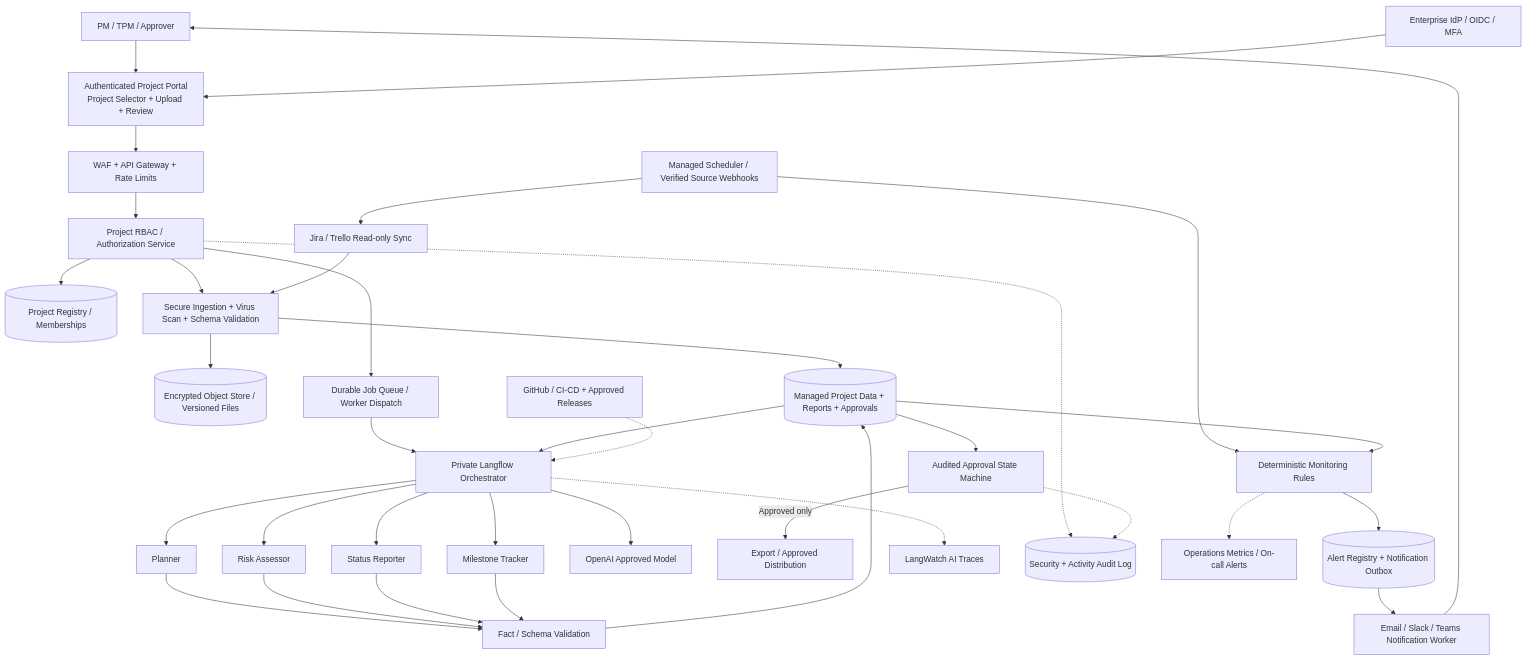
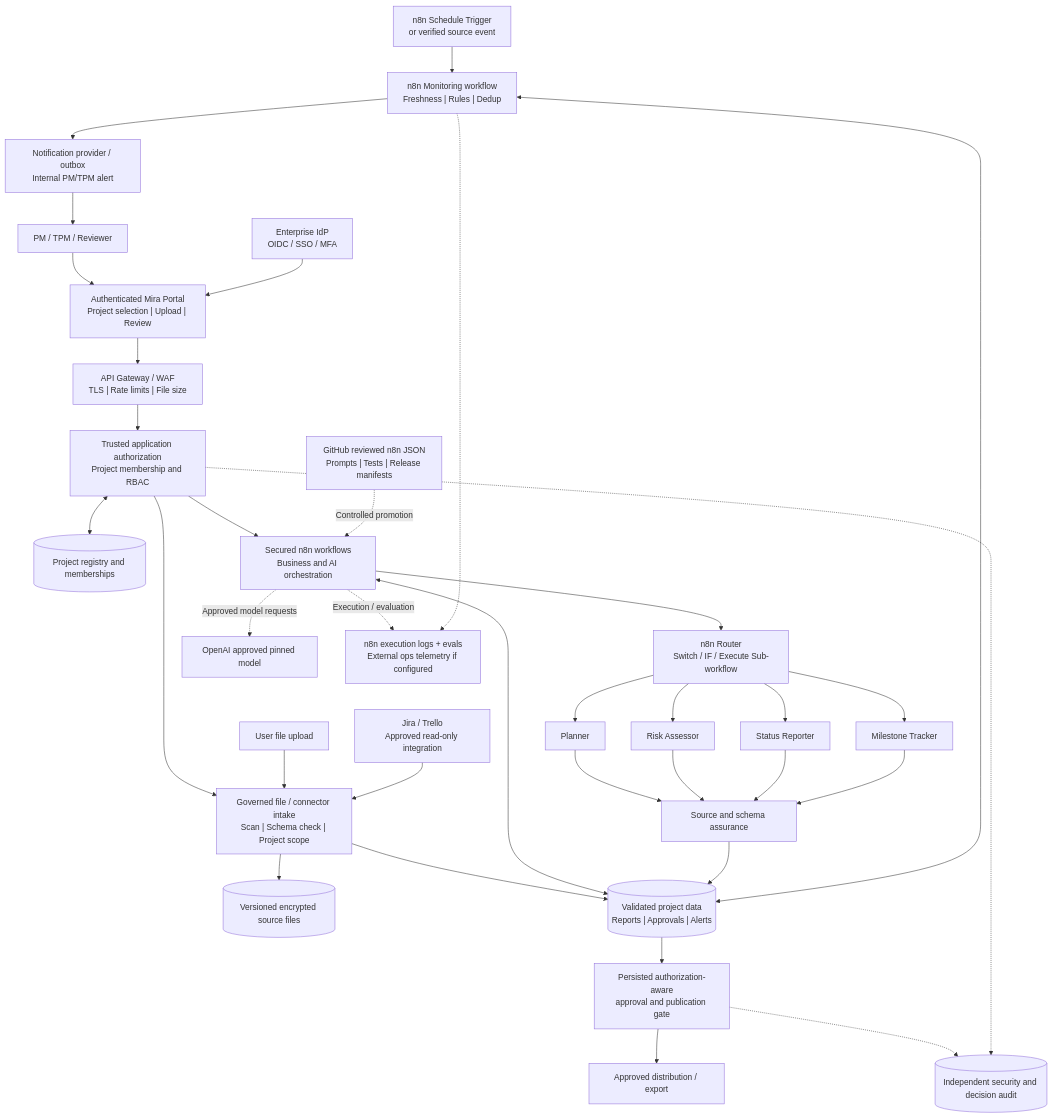
The first of 7 diagrams in docs/Mira_Architecture.md (srinivasallenki99-hue/mira-ai-project-intelligence), drawn with Mermaid before and after one commit. The commit also changed other lines of this file, not shown here.

````diff
--- a/docs/Mira_Architecture.md
+++ b/docs/Mira_Architecture.md
@@ -15,39 +26,37 @@
 ```mermaid
 flowchart TB
-  U["PM / TPM / Approver"] --> UI["Authenticated Project Portal
-Project Selector + Upload + Review"]
-  IDP["Enterprise IdP / OIDC / MFA"] --> UI
-  UI --> WAF["WAF + API Gateway + Rate Limits"]
-  WAF --> AUTH["Project RBAC / Authorization Service"]
-  AUTH --> REG[("Project Registry / Memberships")]
-  AUTH --> ING["Secure Ingestion + Virus Scan + Schema Validation"]
-  ING --> OBJ[("Encrypted Object Store / Versioned Files")]
-  ING --> DB[("Managed Project Data + Reports + Approvals")]
-  AUTH --> Q["Durable Job Queue / Worker Dispatch"]
-  Q --> LF["Private Langflow Orchestrator"]
-  LF --> P["Planner"]
-  LF --> R["Risk Assessor"]
-  LF --> S["Status Reporter"]
-  LF --> M["Milestone Tracker"]
-  P --> V["Fact / Schema Validation"]
-  R --> V
-  S --> V
-  M --> V
-  DB --> LF
-  LF --> LLM["OpenAI Approved Model"]
-  V --> DB
-  DB --> APPROVE["Audited Approval State Machine"]
-  APPROVE -->|"Approved only"| PUB["Export / Approved Distribution"]
-  SC["Managed Scheduler / Verified Source Webhooks"] --> CON["Jira / Trello Read-only Sync"]
-  CON --> ING
-  SC --> RULE["Deterministic Monitoring Rules"]
-  DB --> RULE
-  RULE --> ALERT[("Alert Registry + Notification Outbox")]
-  ALERT --> NOTIFY["Email / Slack / Teams Notification Worker"]
-  NOTIFY --> U
-  LF -.-> TRACE["LangWatch AI Traces"]
-  AUTH -.-> AUDIT[("Security + Activity Audit Log")]
-  APPROVE -.-> AUDIT
-  RULE -.-> OPS["Operations Metrics / On-call Alerts"]
-  GIT["GitHub / CI-CD + Approved Releases"] -.-> LF
+  U["PM / TPM / Reviewer"] --> PORTAL["Authenticated Mira Portal<br/>Project selection | Upload | Review"]
+  IDP["Enterprise IdP<br/>OIDC / SSO / MFA"] --> PORTAL
+  PORTAL --> EDGE["API Gateway / WAF<br/>TLS | Rate limits | File size"]
+  EDGE --> AUTH["Trusted application authorization<br/>Project membership and RBAC"]
+  AUTH <--> REG[("Project registry and memberships")]
+  AUTH --> INTAKE["Governed file / connector intake<br/>Scan | Schema check | Project scope"]
+  FILE["User file upload"] --> INTAKE
+  CONNECT["Jira / Trello<br/>Approved read-only integration"] --> INTAKE
+  INTAKE --> OBJ[("Versioned encrypted source files")]
+  INTAKE --> DB[("Validated project data<br/>Reports | Approvals | Alerts")]
+  AUTH --> EXEC["Secured n8n workflows<br/>Business and AI orchestration"]
+  EXEC <--> DB
+  EXEC --> DISPATCH["n8n Router<br/>Switch / IF / Execute Sub-workflow"]
+  DISPATCH --> P["Planner"]
+  DISPATCH --> R["Risk Assessor"]
+  DISPATCH --> S["Status Reporter"]
+  DISPATCH --> M["Milestone Tracker"]
+  P --> VALID["Source and schema assurance"]
+  R --> VALID
+  S --> VALID
+  M --> VALID
+  VALID --> DB
+  DB --> GATE["Persisted authorization-aware<br/>approval and publication gate"]
+  GATE --> PUB["Approved distribution / export"]
+  TIMER["n8n Schedule Trigger<br/>or verified source event"] --> MON["n8n Monitoring workflow<br/>Freshness | Rules | Dedup"]
+  MON <--> DB
+  MON --> NOTICE["Notification provider / outbox<br/>Internal PM/TPM alert"]
+  NOTICE --> U
+  EXEC -. "Approved model requests" .-> LLM["OpenAI approved pinned model"]
+  EXEC -. "Execution / evaluation" .-> OBS["n8n execution logs + evals<br/>External ops telemetry if configured"]
+  MON -.-> OBS
+  GATE -.-> AUD[("Independent security and decision audit")]
+  AUTH -.-> AUD
+  GH["GitHub reviewed n8n JSON<br/>Prompts | Tests | Release manifests"] -. "Controlled promotion" .-> EXEC
 ```
````
